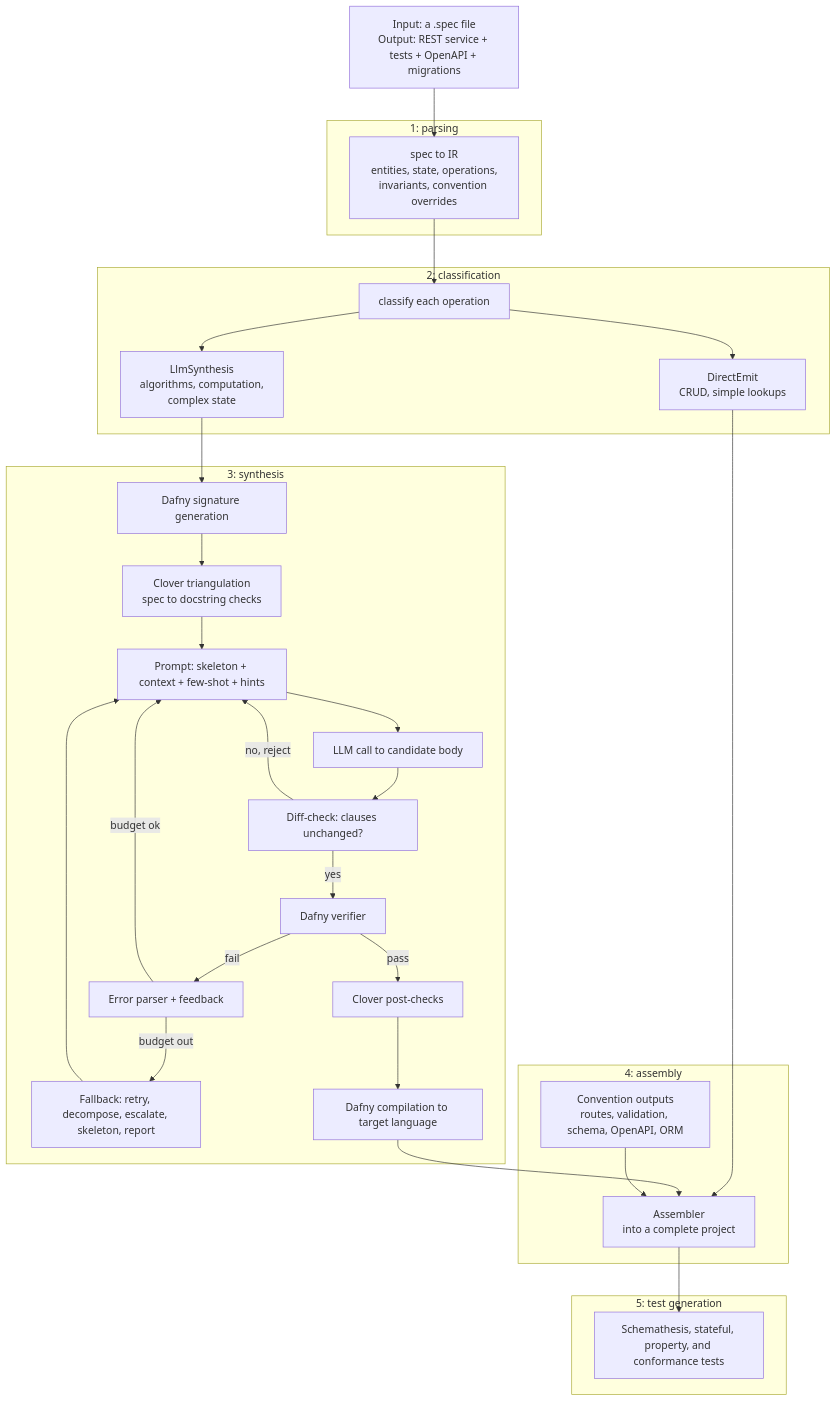
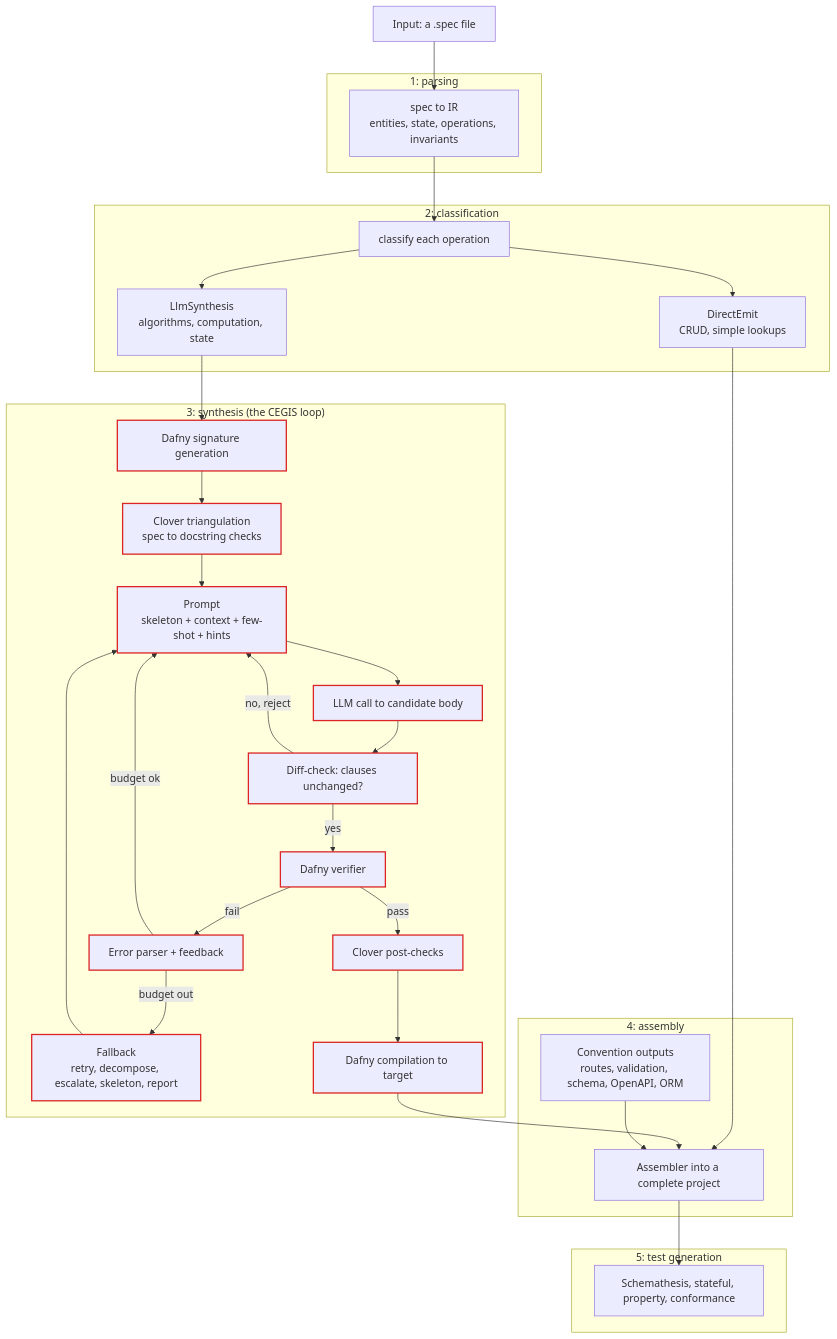
One commit to HardMax71/spec_to_rest changed the second of 2 diagrams in docs/content/docs/research/llm_verifier_synthesis/cegis-loop.md. Above: the diagram before and after it, drawn with Mermaid. The commit also changed other lines of this file, not shown here.

First line of the commit message:
docs(research): fix CEGIS-loop diagram rendering and color the loop red

````diff
--- a/docs/content/docs/research/llm_verifier_synthesis/cegis-loop.md
+++ b/docs/content/docs/research/llm_verifier_synthesis/cegis-loop.md
@@ -105,53 +108,56 @@
 ```mermaid
 flowchart TD
-  Input["Input: a .spec file\nOutput: REST service + tests + OpenAPI + migrations"]
+  Input["Input: a .spec file"]
   Input --> Parse
 
   subgraph Stage1["1: parsing"]
-    Parse["spec to IR\nentities, state, operations,\ninvariants, convention overrides"]
+    Parse["spec to IR<br/>entities, state, operations, invariants"]
   end
   Parse --> Classify
 
   subgraph Stage2["2: classification"]
     Classify["classify each operation"]
-    Classify --> Direct["DirectEmit\nCRUD, simple lookups"]
-    Classify --> NeedLLM["LlmSynthesis\nalgorithms, computation,\ncomplex state"]
+    Classify --> Direct["DirectEmit<br/>CRUD, simple lookups"]
+    Classify --> NeedLLM["LlmSynthesis<br/>algorithms, computation, state"]
   end
   Direct --> Assembler
   NeedLLM --> S3a
 
-  subgraph Stage3["3: synthesis"]
+  subgraph Stage3["3: synthesis (the CEGIS loop)"]
     S3a["Dafny signature generation"]
-    S3b["Clover triangulation\nspec to docstring checks"]
-    S3c_prompt["Prompt: skeleton + context + few-shot + hints"]
+    S3b["Clover triangulation<br/>spec to docstring checks"]
+    S3c_prompt["Prompt<br/>skeleton + context + few-shot + hints"]
     S3c_llm["LLM call to candidate body"]
     S3c_diff["Diff-check: clauses unchanged?"]
     S3c_verify["Dafny verifier"]
     S3c_error["Error parser + feedback"]
-    S3c_fallback["Fallback: retry, decompose, escalate, skeleton, report"]
+    S3c_fallback["Fallback<br/>retry, decompose, escalate, skeleton, report"]
     S3d["Clover post-checks"]
-    S3e["Dafny compilation to target language"]
+    S3e["Dafny compilation to target"]
 
     S3a --> S3b --> S3c_prompt --> S3c_llm --> S3c_diff
-    S3c_diff -->|yes| S3c_verify
-    S3c_diff -->|no, reject| S3c_prompt
-    S3c_verify -->|pass| S3d
-    S3c_verify -->|fail| S3c_error
-    S3c_error -->|budget ok| S3c_prompt
-    S3c_error -->|budget out| S3c_fallback
+    S3c_diff -->|"yes"| S3c_verify
+    S3c_diff -->|"no, reject"| S3c_prompt
+    S3c_verify -->|"pass"| S3d
+    S3c_verify -->|"fail"| S3c_error
+    S3c_error -->|"budget ok"| S3c_prompt
+    S3c_error -->|"budget out"| S3c_fallback
     S3c_fallback --> S3c_prompt
     S3d --> S3e
   end
   S3e --> Assembler
 
   subgraph Stage4["4: assembly"]
-    Conv["Convention outputs\nroutes, validation, schema, OpenAPI, ORM"]
-    Assembler["Assembler\ninto a complete project"]
+    Conv["Convention outputs<br/>routes, validation, schema, OpenAPI, ORM"]
+    Assembler["Assembler into a complete project"]
     Conv --> Assembler
   end
   Assembler --> Tests
 
   subgraph Stage5["5: test generation"]
-    Tests["Schemathesis, stateful, property, and conformance tests"]
+    Tests["Schemathesis, stateful, property, conformance"]
   end
+
+  classDef cegis stroke:#dc2626,stroke-width:2px;
+  class S3a,S3b,S3c_prompt,S3c_llm,S3c_diff,S3c_verify,S3c_error,S3c_fallback,S3d,S3e cegis;
 ```
````
